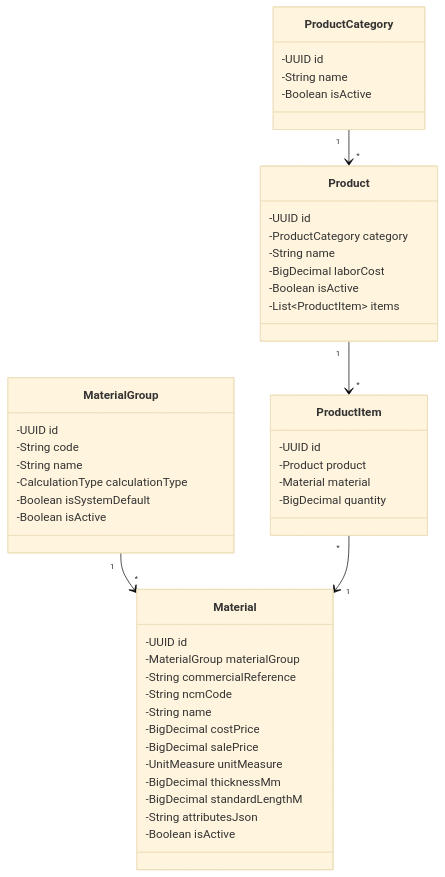
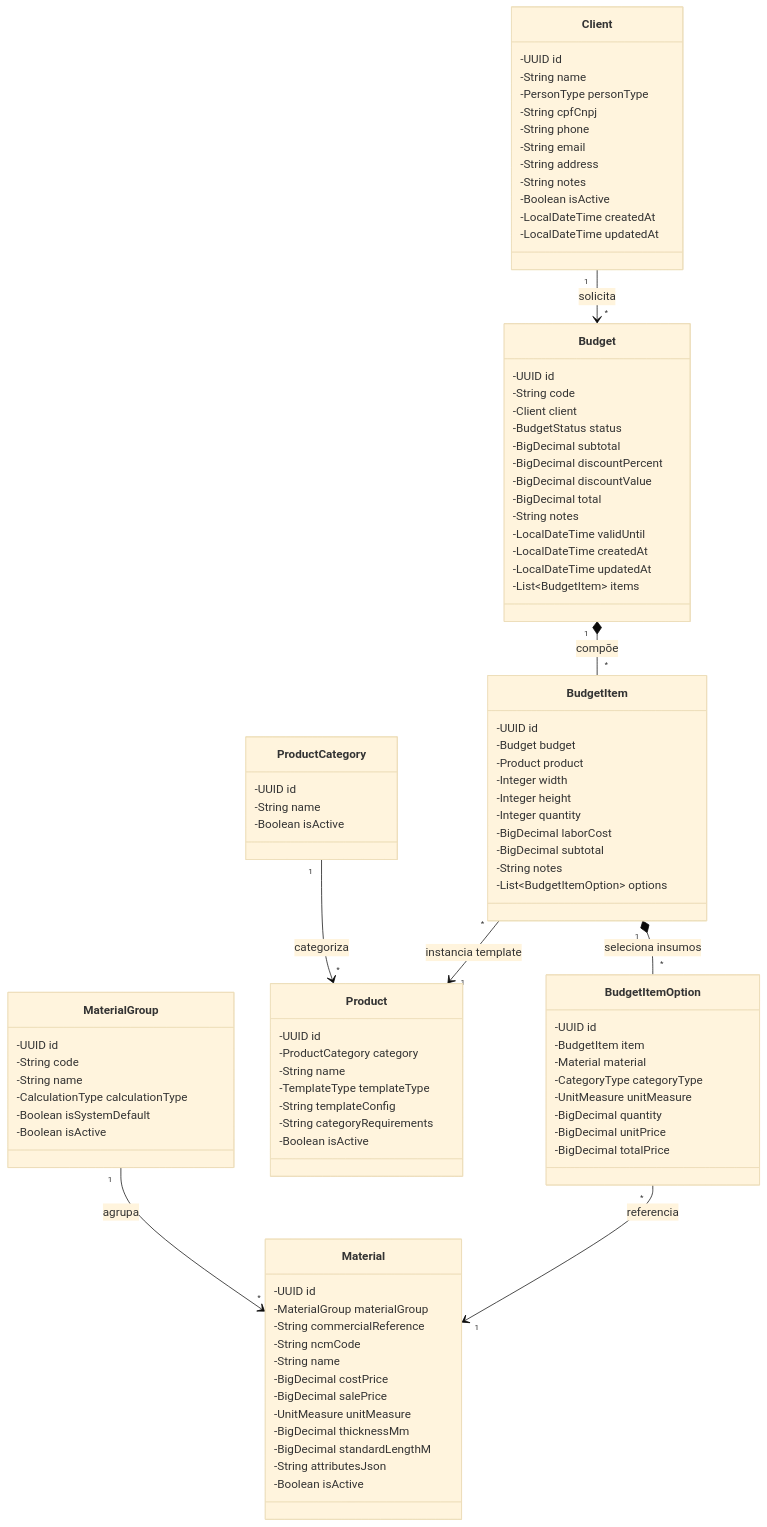
One commit to ADS-IFPB-SR/alumigest changed the first of 4 diagrams in docs/sistema/001-analise-projeto/DCC-Diagramas_de_Classes.md. Above: the diagram before and after it, drawn with Mermaid (base theme). The commit also changed other lines of this file and 93 other files, not shown here.

````diff
--- a/docs/sistema/001-analise-projeto/DCC-Diagramas_de_Classes.md
+++ b/docs/sistema/001-analise-projeto/DCC-Diagramas_de_Classes.md
@@ -13,5 +12,21 @@
 ```mermaid
 classDiagram
+    %% Módulo de Clientes
+    class Client {
+        -UUID id
+        -String name
+        -PersonType personType
+        -String cpfCnpj
+        -String phone
+        -String email
+        -String address
+        -String notes
+        -Boolean isActive
+        -LocalDateTime createdAt
+        -LocalDateTime updatedAt
+    }
+
+    %% Módulo de Catálogo
     class MaterialGroup {
         -UUID id
         -String code
@@ -46,20 +61,59 @@
         -UUID id
         -ProductCategory category
         -String name
-        -BigDecimal laborCost
+        -TemplateType templateType
+        -String templateConfig
+        -String categoryRequirements
         -Boolean isActive
-        -List~ProductItem~ items
     }
 
-    class ProductItem {
+    %% Módulo de Orçamentos
+    class Budget {
         -UUID id
-        -Product product
-        -Material material
-        -BigDecimal quantity
+        -String code
+        -Client client
+        -BudgetStatus status
+        -BigDecimal subtotal
+        -BigDecimal discountPercent
+        -BigDecimal discountValue
+        -BigDecimal total
+        -String notes
+        -LocalDateTime validUntil
+        -LocalDateTime createdAt
+        -LocalDateTime updatedAt
+        -List~BudgetItem~ items
     }
 
-    MaterialGroup "1" --> "*" Material
-    ProductCategory "1" --> "*" Product
-    Product "1" --> "*" ProductItem
-    ProductItem "*" --> "1" Material
+    class BudgetItem {
+        -UUID id
+        -Budget budget
+        -Product product
+        -Integer width
+        -Integer height
+        -Integer quantity
+        -BigDecimal laborCost
+        -BigDecimal subtotal
+        -String notes
+        -List~BudgetItemOption~ options
+    }
+
+    class BudgetItemOption {
+        -UUID id
+        -BudgetItem item
+        -Material material
+        -CategoryType categoryType
+        -UnitMeasure unitMeasure
+        -BigDecimal quantity
+        -BigDecimal unitPrice
+        -BigDecimal totalPrice
+    }
+
+    %% Relacionamentos
+    MaterialGroup "1" --> "*" Material : agrupa
+    ProductCategory "1" --> "*" Product : categoriza
+    Client "1" --> "*" Budget : solicita
+    Budget "1" *-- "*" BudgetItem : compõe
+    BudgetItem "*" --> "1" Product : instancia template
+    BudgetItem "1" *-- "*" BudgetItemOption : seleciona insumos
+    BudgetItemOption "*" --> "1" Material : referencia
 ```
````
